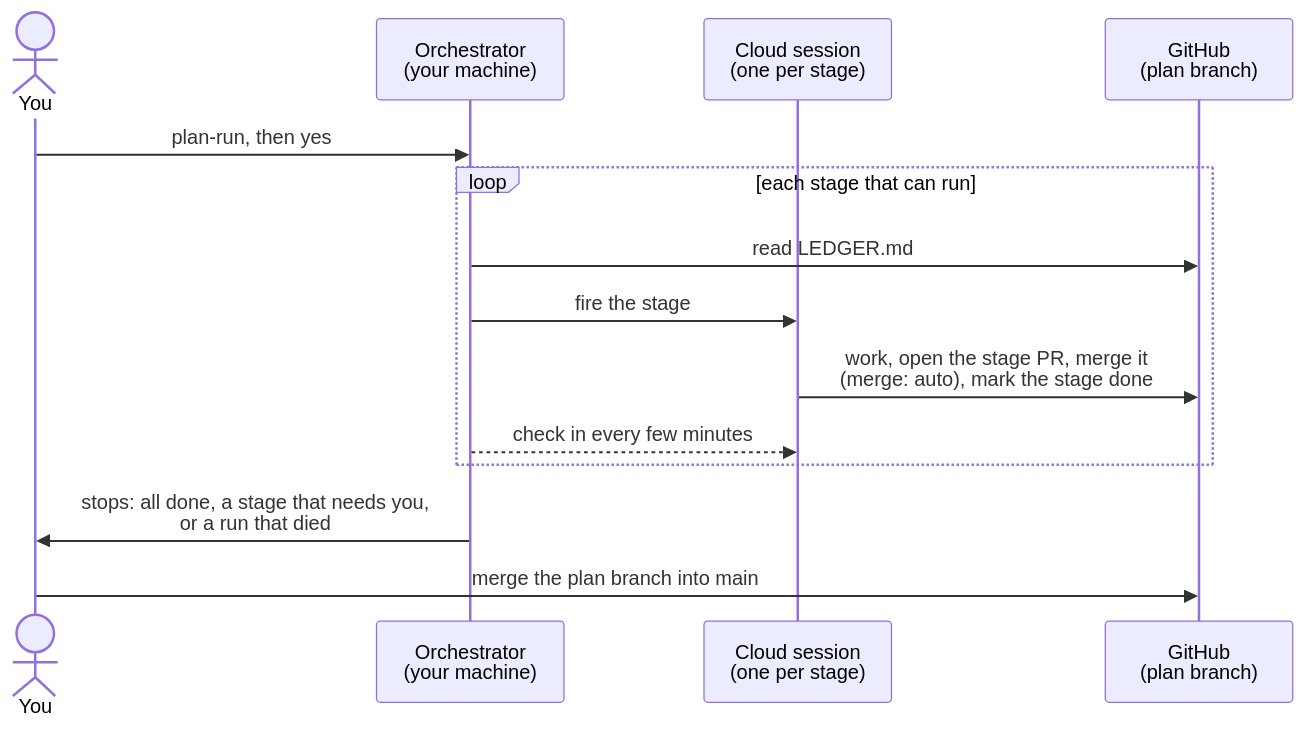
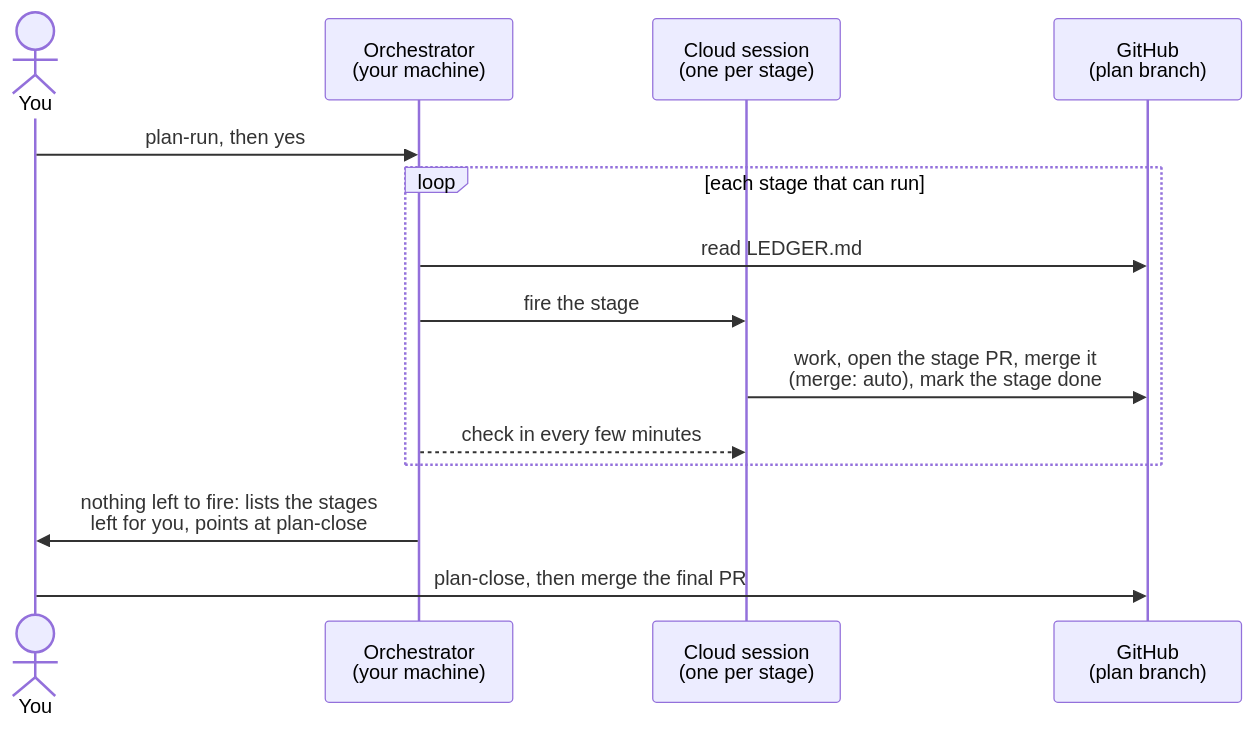
The diagram in docs/ON-THE-RUN.md (by-carlos/plan-staged-rollout), drawn with Mermaid before and after one commit. The commit also changed other lines of this file and 6 other files, not shown here.

````diff
--- a/docs/ON-THE-RUN.md
+++ b/docs/ON-THE-RUN.md
@@ -12,16 +12,16 @@
 ```mermaid
 sequenceDiagram
     actor You
     participant O as Orchestrator<br/>(your machine)
     participant C as Cloud session<br/>(one per stage)
     participant G as GitHub<br/>(plan branch)
     You->>O: plan-run, then yes
     loop each stage that can run
         O->>G: read LEDGER.md
         O->>C: fire the stage
         C->>G: work, open the stage PR, merge it<br/>(merge: auto), mark the stage done
         O-->>C: check in every few minutes
     end
-    O->>You: stops: all done, a stage that needs you,<br/>or a run that died
-    You->>G: merge the plan branch into main
+    O->>You: nothing left to fire: lists the stages<br/>left for you, points at plan-close
+    You->>G: plan-close, then merge the final PR
 ```
````
